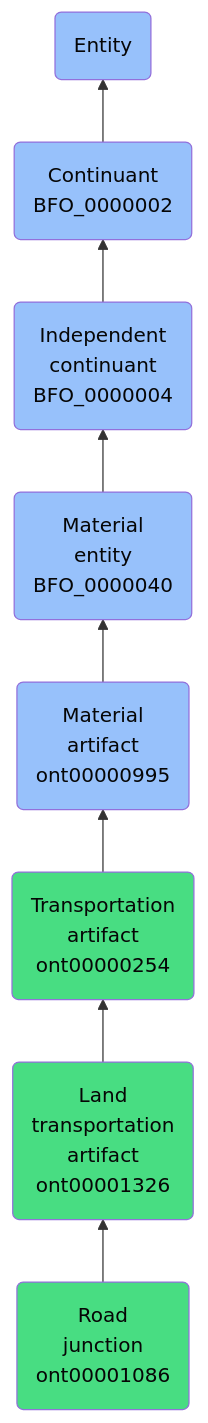
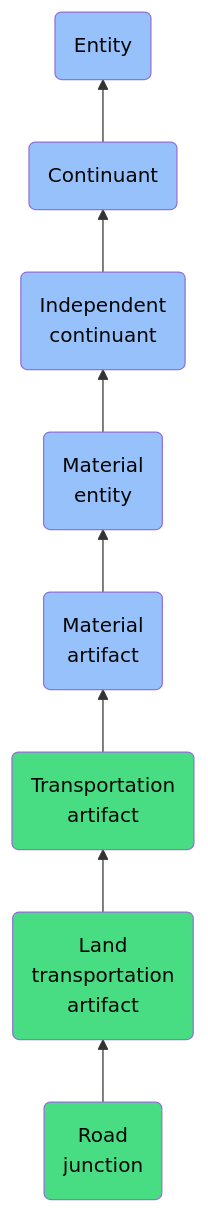
Before and after one commit to jupyter-naas/abi: the diagram in docs/ontology/reference/model/Entity/Continuant/Independent continuant/Material entity/Material artifact/Transportation artifact/Land transportation artifact/Road junction/Road junction.md, drawn with Mermaid. The commit also changed other lines of this file and 1430 other files, not shown here.

````diff
--- a/docs/ontology/reference/model/Entity/Continuant/Independent continuant/Material entity/Material artifact/Transportation artifact/Land transportation artifact/Road junction/Road junction.md
+++ b/docs/ontology/reference/model/Entity/Continuant/Independent continuant/Material entity/Material artifact/Transportation artifact/Land transportation artifact/Road junction/Road junction.md
@@ -24,15 +24,15 @@
 ```mermaid
 graph BT
-    ont00001086(Road<br>junction<br>ont00001086):::ABI-->ont00001326
-    ont00001326(Land<br>transportation<br>artifact<br>ont00001326):::ABI-->ont00000254
-    ont00000254(Transportation<br>artifact<br>ont00000254):::ABI-->ont00000995
-    ont00000995(Material<br>artifact<br>ont00000995):::BFO-->BFO_0000040
-    BFO_0000040(Material<br>entity<br>BFO_0000040):::BFO-->BFO_0000004
-    BFO_0000004(Independent<br>continuant<br>BFO_0000004):::BFO-->BFO_0000002
-    BFO_0000002(Continuant<br>BFO_0000002):::BFO-->BFO_0000001
+    ont00001086(Road<br>junction):::ABI-->ont00001326
+    ont00001326(Land<br>transportation<br>artifact):::ABI-->ont00000254
+    ont00000254(Transportation<br>artifact):::ABI-->ont00000995
+    ont00000995(Material<br>artifact):::BFO-->BFO_0000040
+    BFO_0000040(Material<br>entity):::BFO-->BFO_0000004
+    BFO_0000004(Independent<br>continuant):::BFO-->BFO_0000002
+    BFO_0000002(Continuant):::BFO-->BFO_0000001
     BFO_0000001(Entity):::BFO
     
     classDef BFO fill:#97c1fb,color:#060606
     classDef CCO fill:#e4c51e,color:#060606
     classDef ABI fill:#48DD82,color:#060606
 ```
````
